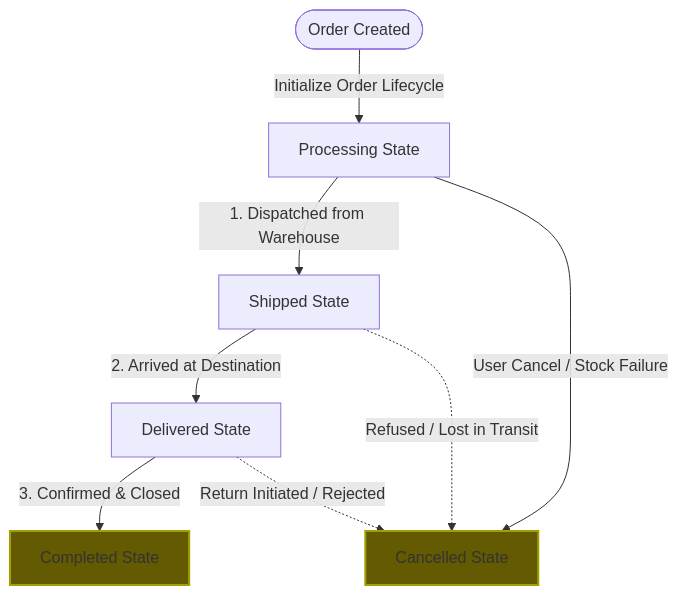
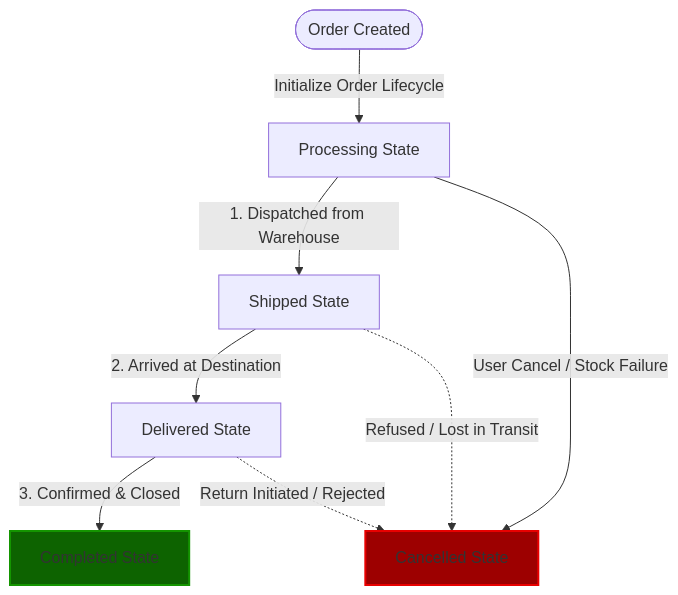
The fifth of 11 diagrams in docs/11-project-workflow.md (yewess97/Grace), drawn with Mermaid before and after one commit.

````diff
--- a/docs/11-project-workflow.md
+++ b/docs/11-project-workflow.md
@@ -204,26 +204,28 @@
 ```mermaid
 flowchart TD
     %% Nodes
     Start([Order Created])
     Proc[Processing State]
     Ship[Shipped State]
     Deliv[Delivered State]
     Comp[Completed State]
     Cancel[Cancelled State]
 
     %% Main Success Path (Happy Path)
     Start -->|Initialize Order Lifecycle| Proc
     Proc -->|1. Dispatched from Warehouse| Ship
     Ship -->|2. Arrived at Destination| Deliv
     Deliv -->|3. Confirmed & Closed| Comp
 
     %% Exception Handling (Cancellation Paths)
     Proc --->|User Cancel / Stock Failure| Cancel
     Ship -.->|Refused / Lost in Transit| Cancel
     Deliv -.->|Return Initiated / Rejected| Cancel
 
     %% Terminal States Styling Context
     classDef terminal fill:#635a02,stroke:#a2a000,stroke-width:2px;
-    class Comp terminal;
-    class Cancel terminal;
+    classDef success fill:#0d6300,stroke:#149500,stroke-width:2px;
+    classDef danger fill:#9d0000,stroke:#e80000,stroke-width:2px;
+    class Comp success;
+    class Cancel danger;
 ```
````
